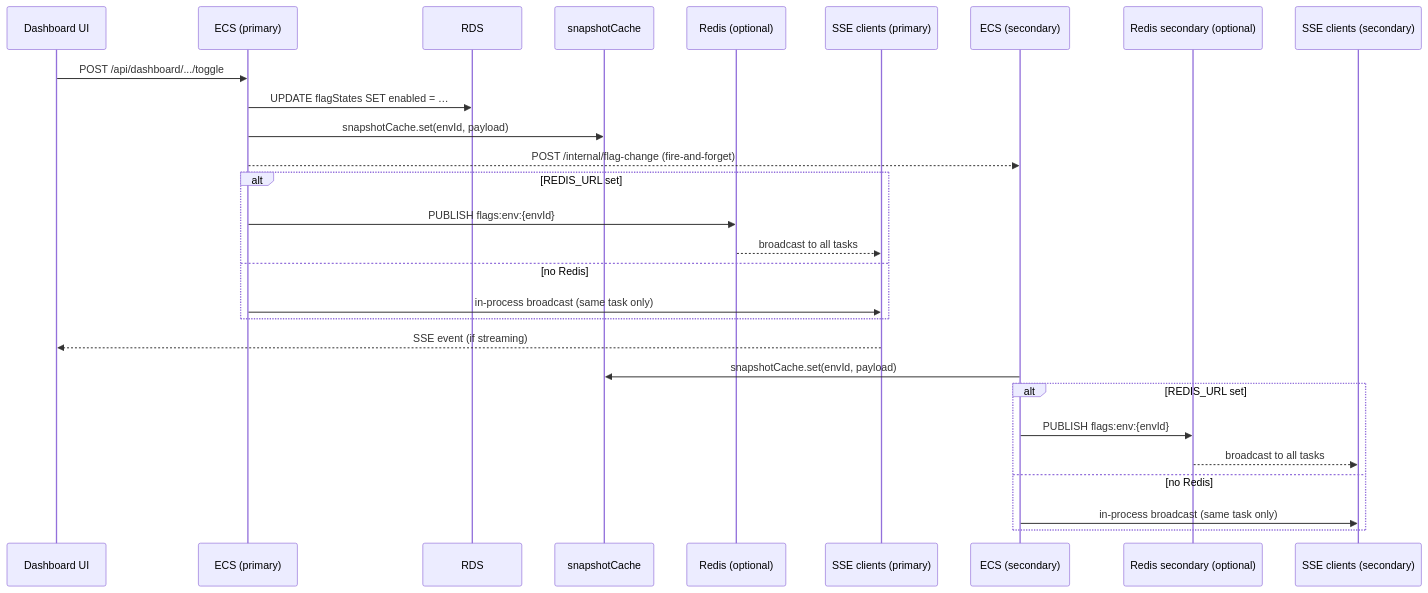
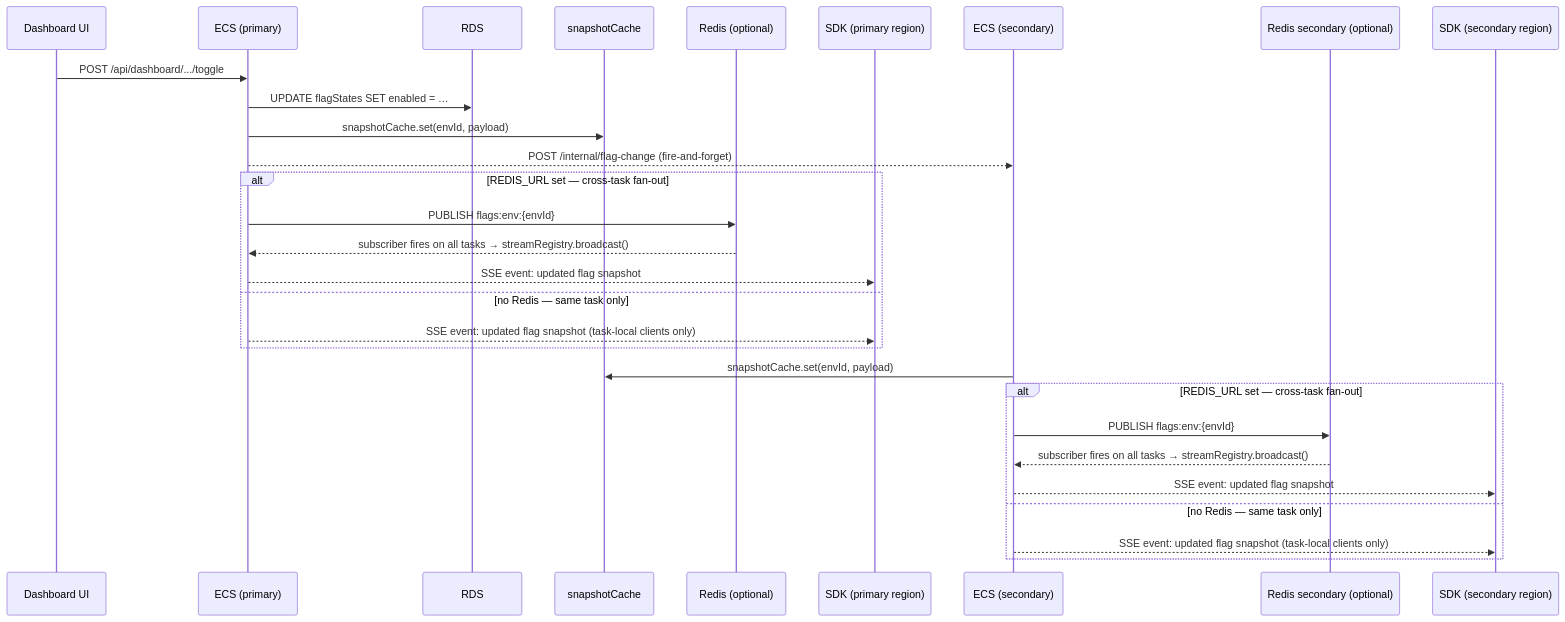
Before and after one commit to RBM-Software/vexillo: the second of 4 diagrams in docs/architecture.md, drawn with Mermaid.

Commit message:
docs: fix flag toggle sequence — show Redis pub/sub loop and SSE event back to SDK
Previous diagram was missing the subscriber callback path and the SSE
event reaching the SDK client. Now shows the full Redis pub/sub cycle:
PUBLISH → subscriber fires on all tasks → streamRegistry.broadcast()
→ SSE event → SDK.

````diff
--- a/docs/architecture.md
+++ b/docs/architecture.md
@@ -61,33 +61,34 @@
 ```mermaid
 sequenceDiagram
     participant Admin as Dashboard UI
     participant API as ECS (primary)
     participant DB as RDS
     participant Cache as snapshotCache
     participant Redis as Redis (optional)
-    participant SSE_P as SSE clients (primary)
+    participant SDK_P as SDK (primary region)
     participant Sec as ECS (secondary)
     participant Redis_S as Redis secondary (optional)
-    participant SSE_S as SSE clients (secondary)
+    participant SDK_S as SDK (secondary region)
 
     Admin->>API: POST /api/dashboard/.../toggle
     API->>DB: UPDATE flagStates SET enabled = …
     API->>Cache: snapshotCache.set(envId, payload)
     API-->>Sec: POST /internal/flag-change (fire-and-forget)
 
-    alt REDIS_URL set
+    alt REDIS_URL set — cross-task fan-out
         API->>Redis: PUBLISH flags:env:{envId}
-        Redis-->>SSE_P: broadcast to all tasks
-    else no Redis
-        API->>SSE_P: in-process broadcast (same task only)
+        Redis-->>API: subscriber fires on all tasks → streamRegistry.broadcast()
+        API-->>SDK_P: SSE event: updated flag snapshot
+    else no Redis — same task only
+        API-->>SDK_P: SSE event: updated flag snapshot (task-local clients only)
     end
-    SSE_P-->>Admin: SSE event (if streaming)
 
     Sec->>Cache: snapshotCache.set(envId, payload)
-    alt REDIS_URL set
+    alt REDIS_URL set — cross-task fan-out
         Sec->>Redis_S: PUBLISH flags:env:{envId}
-        Redis_S-->>SSE_S: broadcast to all tasks
-    else no Redis
-        Sec->>SSE_S: in-process broadcast (same task only)
+        Redis_S-->>Sec: subscriber fires on all tasks → streamRegistry.broadcast()
+        Sec-->>SDK_S: SSE event: updated flag snapshot
+    else no Redis — same task only
+        Sec-->>SDK_S: SSE event: updated flag snapshot (task-local clients only)
     end
 ```
````
